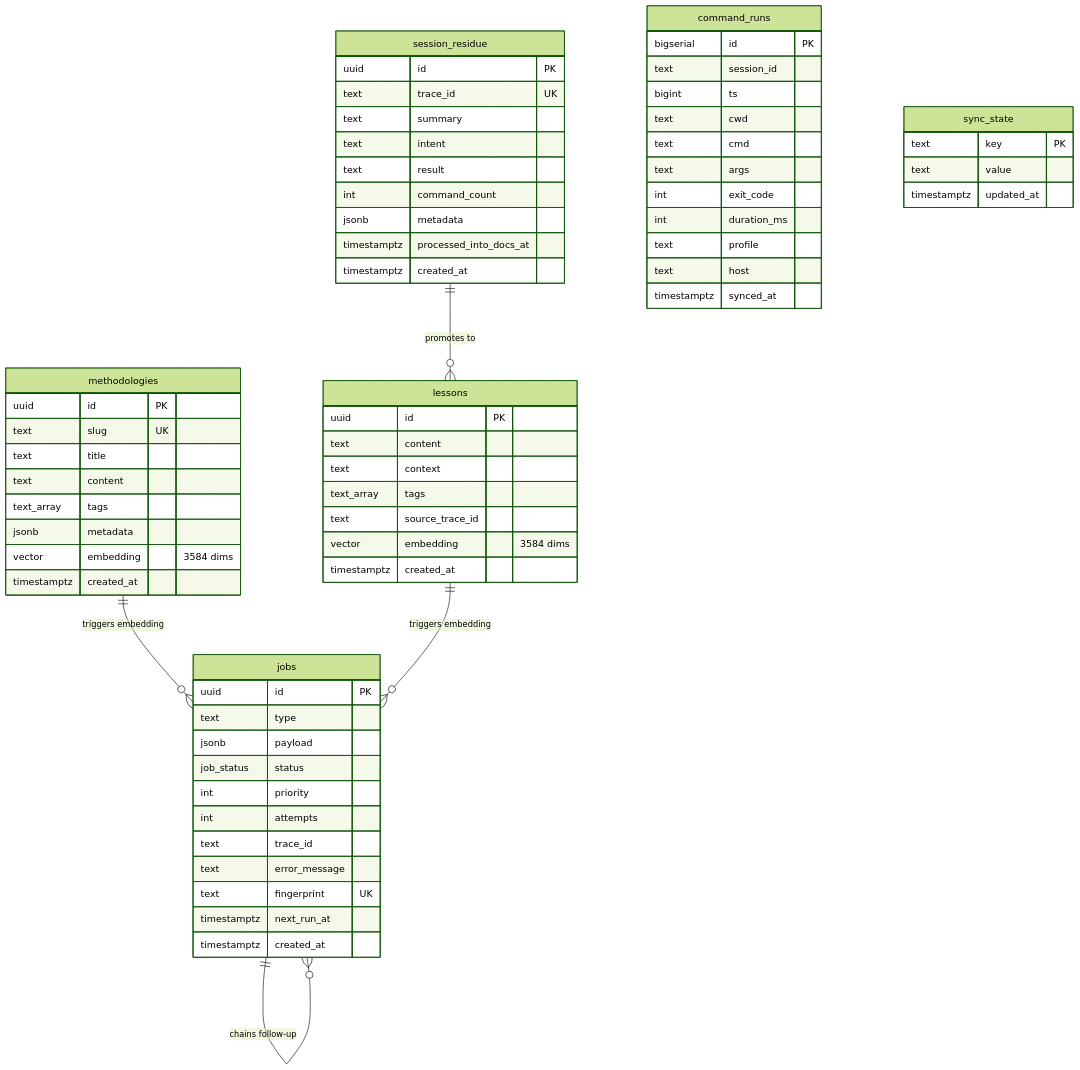
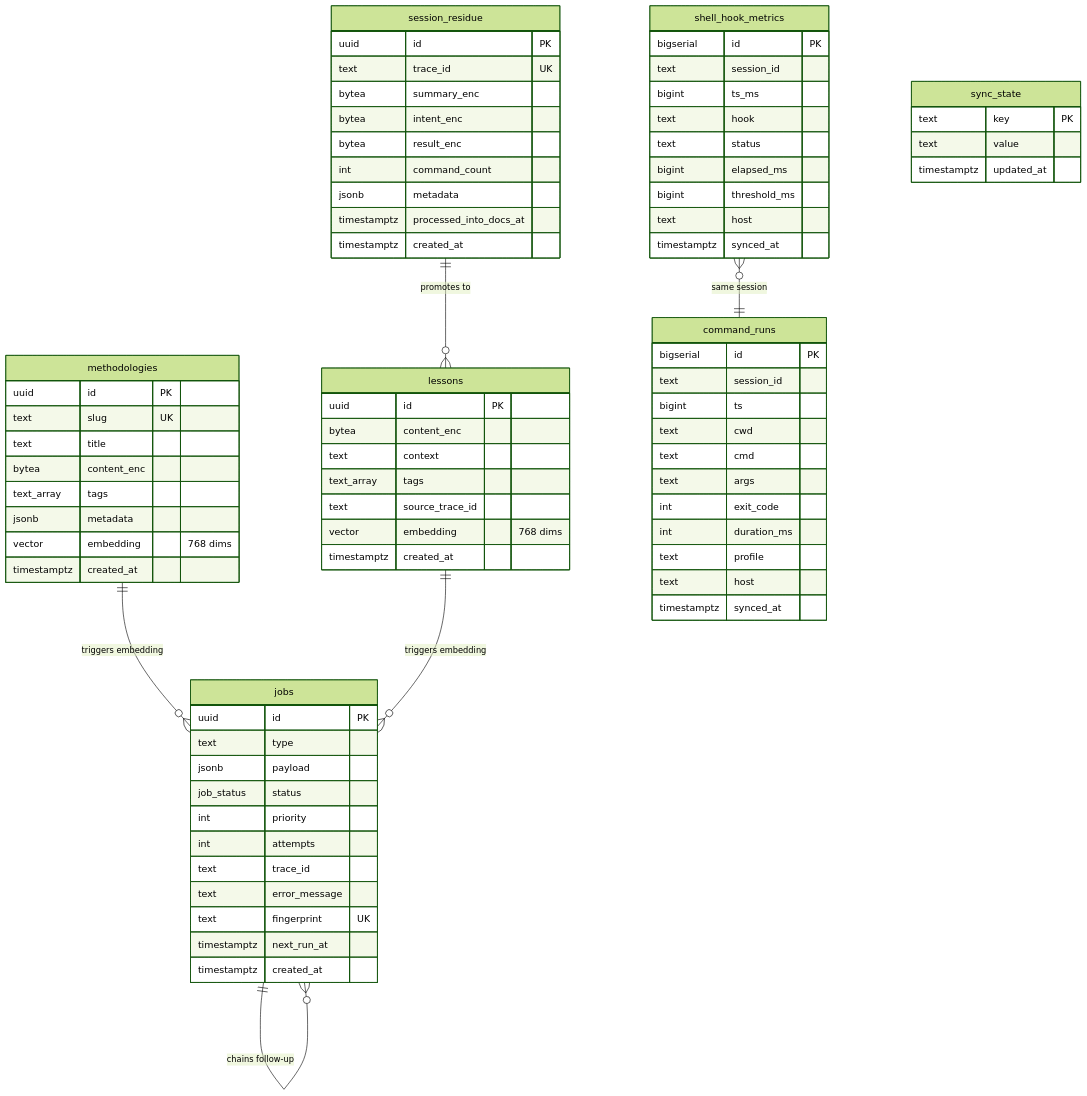
Before and after one commit to just3ws/zdots: the third of 6 diagrams in docs/architecture.md, drawn with Mermaid (forest theme). The commit also changed other lines of this file and 7 other files, not shown here.

First line of the commit message:
fix(docs): repair 3 broken Mermaid diagrams + correct stale topology/schema (Z-121)

````diff
--- a/docs/architecture.md
+++ b/docs/architecture.md
@@ -138,25 +138,26 @@
     lessons ||--o{ jobs : "triggers embedding"
     jobs ||--o{ jobs : "chains follow-up"
     session_residue ||--o{ lessons : "promotes to"
+    shell_hook_metrics }o--|| command_runs : "same session"
     
     methodologies {
         uuid id PK
         text slug UK
         text title
-        text content
+        bytea content_enc
         text_array tags
         jsonb metadata
-        vector embedding "3584 dims"
+        vector embedding "768 dims"
         timestamptz created_at
     }
     
     lessons {
         uuid id PK
-        text content
+        bytea content_enc
         text context
         text_array tags
         text source_trace_id
-        vector embedding "3584 dims"
+        vector embedding "768 dims"
         timestamptz created_at
     }
     
@@ -177,9 +178,9 @@
     session_residue {
         uuid id PK
         text trace_id UK
-        text summary
-        text intent
-        text result
+        bytea summary_enc
+        bytea intent_enc
+        bytea result_enc
         int command_count
         jsonb metadata
         timestamptz processed_into_docs_at
@@ -205,4 +206,16 @@
         text value
         timestamptz updated_at
     }
+
+    shell_hook_metrics {
+        bigserial id PK
+        text session_id
+        bigint ts_ms
+        text hook
+        text status
+        bigint elapsed_ms
+        bigint threshold_ms
+        text host
+        timestamptz synced_at
+    }
 ```
````
